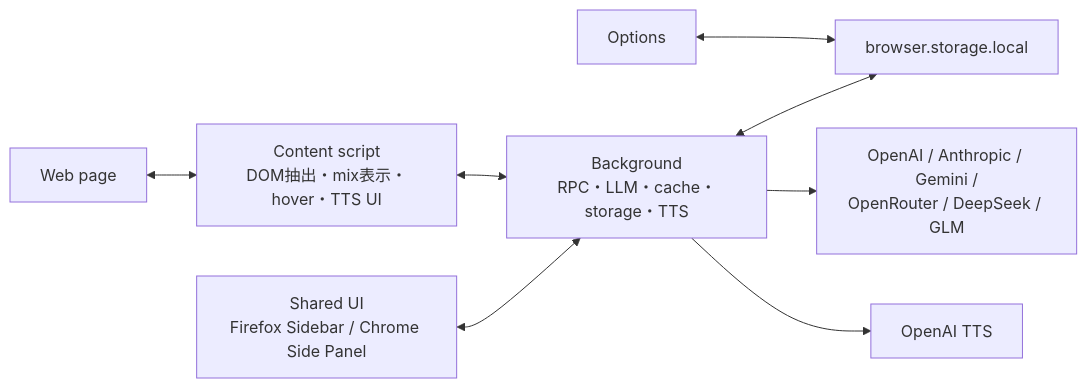
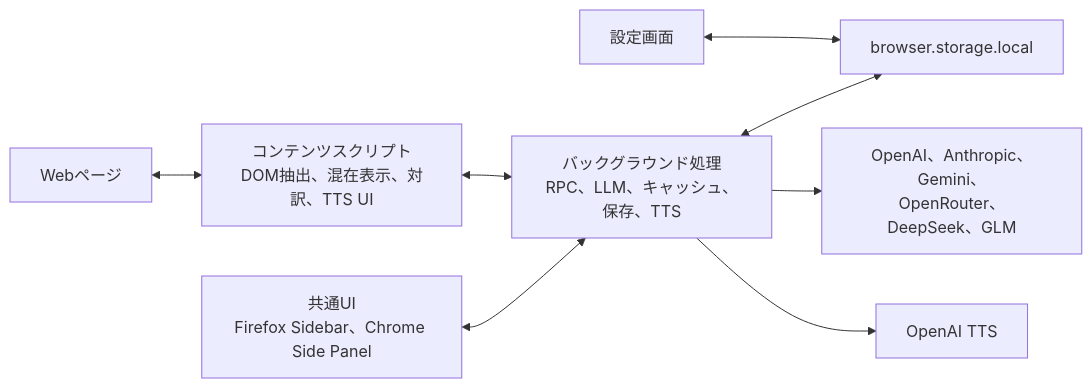
Before and after one commit to HidakaKoyo/mazelingo-fx: the diagram in docs/ARCHITECTURE.md, drawn with Mermaid. The commit also changed other lines of this file and 9 other files, not shown here.

````diff
--- a/docs/ARCHITECTURE.md
+++ b/docs/ARCHITECTURE.md
@@ -5,10 +6,10 @@
 ```mermaid
 flowchart LR
-  Page["Web page"] <--> Content["Content script\nDOM抽出・mix表示・hover・TTS UI"]
-  Content <--> BG["Background\nRPC・LLM・cache・storage・TTS"]
-  Panel["Shared UI\nFirefox Sidebar / Chrome Side Panel"] <--> BG
-  Options["Options"] <--> Storage["browser.storage.local"]
+  Page["Webページ"] <--> Content["コンテンツスクリプト\nDOM抽出、混在表示、対訳、TTS UI"]
+  Content <--> BG["バックグラウンド処理\nRPC、LLM、キャッシュ、保存、TTS"]
+  Panel["共通UI\nFirefox Sidebar、Chrome Side Panel"] <--> BG
+  Options["設定画面"] <--> Storage["browser.storage.local"]
   BG <--> Storage
-  BG --> Providers["OpenAI / Anthropic / Gemini /\nOpenRouter / DeepSeek / GLM"]
+  BG --> Providers["OpenAI、Anthropic、Gemini、\nOpenRouter、DeepSeek、GLM"]
   BG --> OpenAITTS["OpenAI TTS"]
 ```
````
